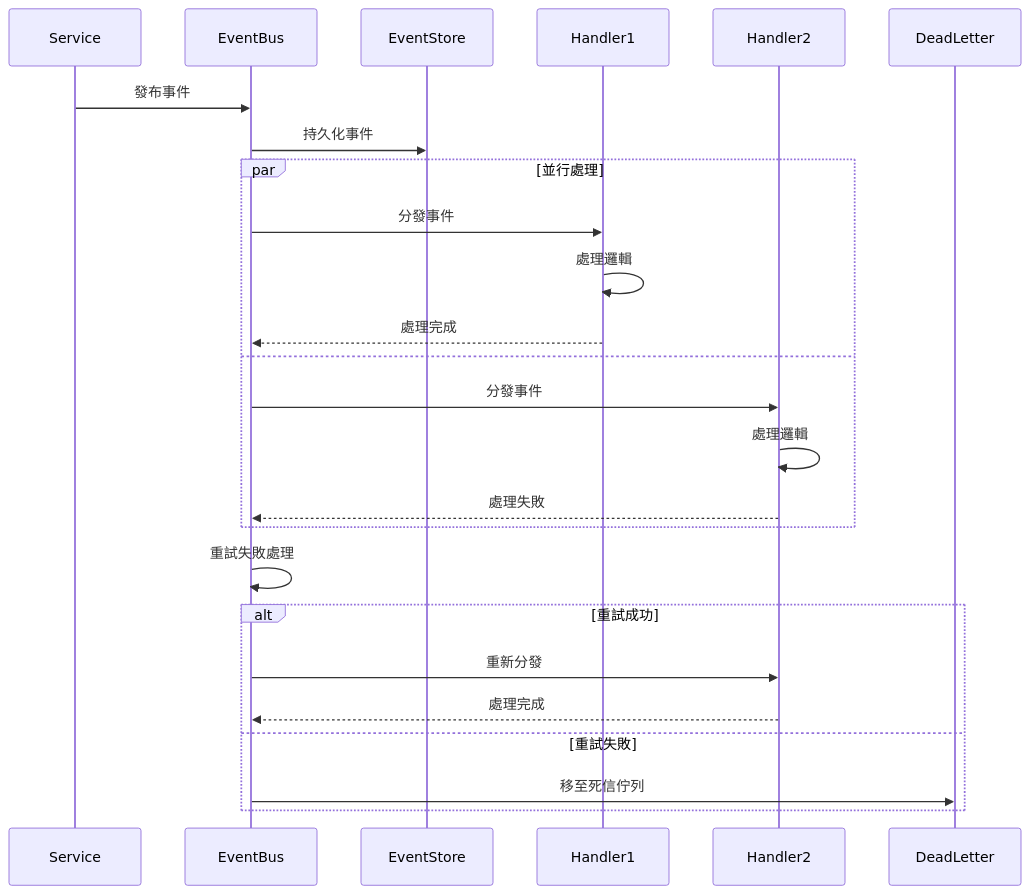
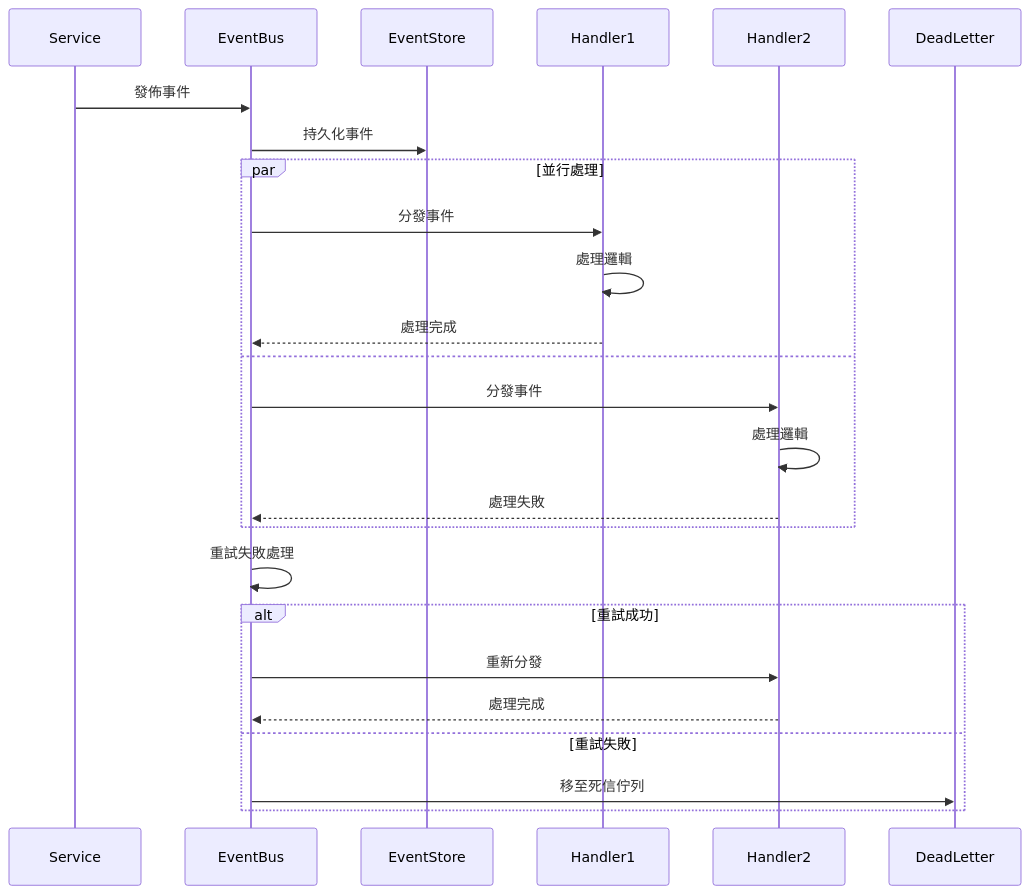
The tenth of 15 diagrams in docs/architecture/data-flow.md (kehao-chen/fake-store-api), drawn with Mermaid before and after one commit. The commit also changed other lines of this file and 16 other files, not shown here.

````diff
--- a/docs/architecture/data-flow.md
+++ b/docs/architecture/data-flow.md
@@ -327,31 +327,31 @@
 ```mermaid
 sequenceDiagram
     participant Service
     participant EventBus
     participant EventStore
     participant Handler1
     participant Handler2
     participant DeadLetter
     
-    Service->>EventBus: 發布事件
+    Service->>EventBus: 發佈事件
     EventBus->>EventStore: 持久化事件
     
     par 並行處理
         EventBus->>Handler1: 分發事件
         Handler1->>Handler1: 處理邏輯
         Handler1-->>EventBus: 處理完成
     and
         EventBus->>Handler2: 分發事件
         Handler2->>Handler2: 處理邏輯
         Handler2-->>EventBus: 處理失敗
     end
     
     EventBus->>EventBus: 重試失敗處理
     
     alt 重試成功
         EventBus->>Handler2: 重新分發
         Handler2-->>EventBus: 處理完成
     else 重試失敗
         EventBus->>DeadLetter: 移至死信佇列
     end
 ```
````
